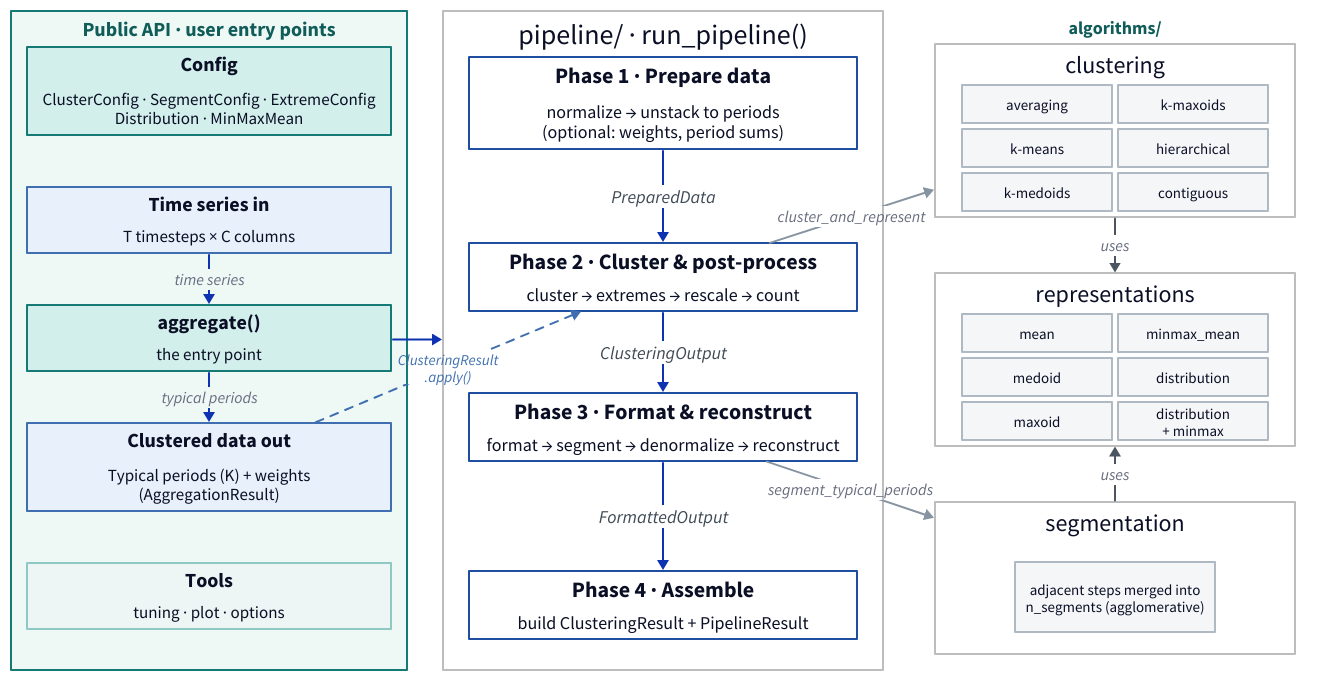
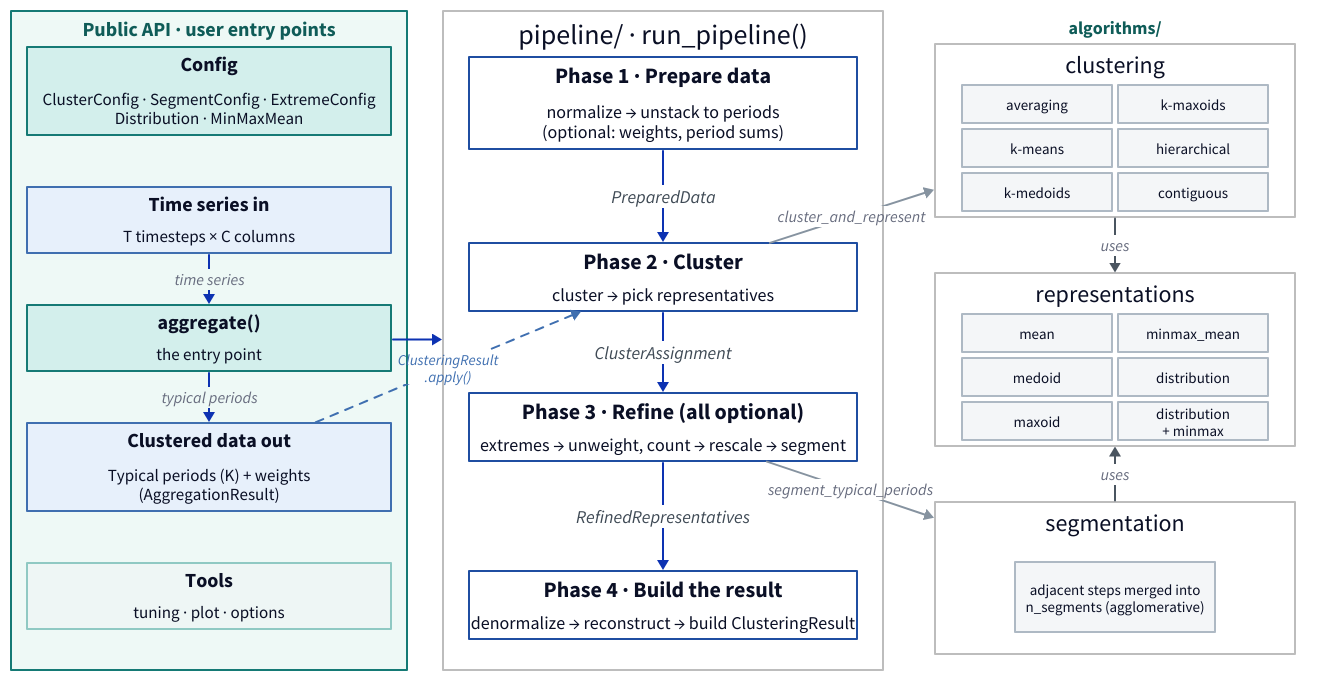
One commit to FZJ-IEK3-VSA/tsam changed the diagram in docs/assets/architecture/pipeline_diagram.d2. Above: the diagram before and after it, drawn with D2. The commit also changed 7 other files, not shown here.

First line of the commit message:
refactor(pipeline): draw the phase boundaries along what is optional

```diff
--- a/docs/assets/architecture/pipeline_diagram.d2
+++ b/docs/assets/architecture/pipeline_diagram.d2
@@ -1,197 +1,197 @@
 # Pipeline architecture diagram — user data flow (time series in -> aggregate()
 # -> clustered data out), the four-phase run_pipeline(), and the clustering /
 # representation / segmentation options. Compact and A4-printable. Regenerate:
 #   d2 pipeline_diagram.d2 pipeline_diagram.svg
 
 direction: down
 
 vars: {
   d2-config: { pad: 6 }
 }
 
 classes: {
   side: { style: { fill: transparent; stroke: "#bdbdbd" } }
   pad: { style: { fill: transparent; stroke: transparent } }
   # green wrapper around the whole public API column (the user's entry points)
   api_group: { style: { fill: "#eef9f6"; stroke: "#157a75"; stroke-width: 2; bold: true; font-size: 20; font-color: "#0f5c58" } }
   # first-class public API (aggregate + config + results): prominent teal
   public: { style: { fill: "#d3efec"; stroke: "#157a75"; stroke-width: 2; bold: false; font-size: 18 } }
   # secondary public tools: lighter teal
   tool: { style: { fill: "#eef6f5"; stroke: "#8fc9c3"; bold: false; font-size: 16 } }
   # user data (time series in / clustered data out) — blue, distinct from the API
   data: { style: { fill: "#e7f0fb"; stroke: "#3f6fb0"; stroke-width: 2 } }
   # public-box title (bold) + body (normal) sub-nodes — same split as the phases
   # (d2 can't bold only part of a single label without markdown, which drops the
   # fill/border); fixed width keeps every box equal width and the text centred.
   pub_title: { width: 360; height: 30; style: { fill: transparent; stroke: transparent; bold: true; font-size: 20 } }
   pub_body: { width: 360; height: 30; style: { fill: transparent; stroke: transparent; bold: false; font-size: 17 } }
   # phase container holds a bold title sub-node + a normal-weight body sub-node
   # (d2 cannot bold only part of a single label without markdown, which drops
   # the box border — so the two weights are two borderless sub-nodes).
   phase: { style: { fill: "#ffffff"; stroke: "#1f4ea1"; stroke-width: 2 } }
   # fixed widths so every phase box is the same width and the centered text
   # lands on the box centre (d2 left-aligns content when it stretches a narrower
   # sibling to match the widest one).
   phase_title: { width: 384; height: 32; style: { fill: transparent; stroke: transparent; bold: true; font-size: 22 } }
   phase_body: { width: 384; height: 30; style: { fill: transparent; stroke: transparent; bold: false; font-size: 18 } }
   # faint caption mapping a phase onto the review's feature-based-merging steps
   # (Hoffmann et al. 2020, §3.2.2) — see context.md "Methodological positioning".
   phase_tag: { width: 384; style: { fill: transparent; stroke: transparent; bold: false; italic: true; font-size: 14; font-color: "#5a6675" } }
   # individual option chips — fixed width so all three groups are equal width
   opt: { width: 150; height: 38; style: { fill: "#f4f6f8"; stroke: "#aeb9c4"; bold: false; font-size: 15 } }
   conn: { style: { stroke: "#8693a0" } }
 }
 
 grid-columns: 3
 grid-gap: 36
 vertical-gap: 20
 
 # ── Left: public API (config → aggregate → results) + tools ────────────────
 # grid-gap doubles as the container's inner padding, so it is kept tiny (4) to
 # keep the outer boxes tight; the vertical spacing comes from transparent spacer
 # rows whose heights are tuned to fill the column to the tallest (right) one.
 lcol: "Public API · user entry points" {
   class: api_group
   grid-columns: 1
   grid-gap: 16
   cfg: "" {
     class: public
     grid-rows: 2
     grid-gap: 2
     title: "Config" { class: pub_title }
     body: "ClusterConfig · SegmentConfig · ExtremeConfig\nDistribution · MinMaxMean" { class: pub_body; height: 52 }
   }
   gap0: "" { class: pad; width: 10; height: 20 }
   ts: "" {
     class: data
     grid-rows: 2
     grid-gap: 2
     title: "Time series in" { class: pub_title }
     body: "T timesteps × C columns" { class: pub_body }
   }
   gapA: "" { class: pad; width: 10; height: 20 }
   api: "" {
     class: public
     grid-rows: 2
     grid-gap: 2
     title: "aggregate()" { class: pub_title }
     body: "the entry point" { class: pub_body }
   }
   gapB: "" { class: pad; width: 10; height: 20 }
   res: "" {
     class: data
     grid-rows: 2
     grid-gap: 2
     title: "Clustered data out" { class: pub_title }
     body: "Typical periods (K) + weights\n(AggregationResult)" { class: pub_body; height: 52 }
   }
   gapC: "" { class: pad; width: 10; height: 20 }
   tools: "" {
     class: tool
     grid-rows: 2
     grid-gap: 2
     title: "Tools" { class: pub_title }
     body: "tuning · plot · options" { class: pub_body }
   }
   ts -> api: "time series"
   api -> res: "typical periods"
 }
 
 # ── Center: the four phases (bold title + stage names) ─────────────────────
 pipeline: "pipeline/ · run_pipeline()" {
   class: side
   grid-columns: 1
   grid-gap: 26
 
   p1: "" {
     class: phase
     grid-rows: 3
     grid-gap: 2
     title: "Phase 1 · Prepare data" { class: phase_title }
     body: "normalize → unstack to periods\n(optional: weights, period sums)" { class: phase_body; height: 54 }
   }
   gap1: "" { class: pad; width: 10; height: 42 }
   p2: "" {
     class: phase
     grid-rows: 3
     grid-gap: 2
-    title: "Phase 2 · Cluster & post-process" { class: phase_title }
-    body: "cluster → extremes → rescale → count" { class: phase_body }
+    title: "Phase 2 · Cluster" { class: phase_title }
+    body: "cluster → pick representatives" { class: phase_body }
   }
   gap2: "" { class: pad; width: 10; height: 30 }
   p3: "" {
     class: phase
     grid-rows: 2
     grid-gap: 2
-    title: "Phase 3 · Format & reconstruct" { class: phase_title }
-    body: "format → segment → denormalize → reconstruct" { class: phase_body }
+    title: "Phase 3 · Refine (all optional)" { class: phase_title }
+    body: "extremes → unweight, count → rescale → segment" { class: phase_body }
   }
   gap3: "" { class: pad; width: 10; height: 58 }
   p4: "" {
     class: phase
     grid-rows: 2
     grid-gap: 2
-    title: "Phase 4 · Assemble" { class: phase_title }
-    body: "build ClusteringResult + PipelineResult" { class: phase_body }
+    title: "Phase 4 · Build the result" { class: phase_title }
+    body: "denormalize → reconstruct → build ClusteringResult" { class: phase_body }
   }
 
   p1 -> p2: "PreparedData" { style.font-size: 18; style.font-color: "#3f4a55" }
-  p2 -> p3: "ClusteringOutput" { style.font-size: 18; style.font-color: "#3f4a55" }
-  p3 -> p4: "FormattedOutput" { style.font-size: 18; style.font-color: "#3f4a55" }
+  p2 -> p3: "ClusterAssignment" { style.font-size: 18; style.font-color: "#3f4a55" }
+  p3 -> p4: "RefinedRepresentatives" { style.font-size: 18; style.font-color: "#3f4a55" }
 }
 
 # ── Right: algorithms/ — config-agnostic kernels the stages dispatch to ────
 rcol: "algorithms/" {
   class: pad
   style.font-size: 18
   style.font-color: "#0f5c58"
   style.bold: true
   grid-columns: 1
   grid-gap: 16
 
   clu_back: "clustering" {
     class: side
     width: 360
     grid-columns: 2
     grid-gap: 6
     m1: "averaging" { class: opt }
     m2: "k-means" { class: opt }
     m3: "k-medoids" { class: opt }
     m4: "k-maxoids" { class: opt }
     m5: "hierarchical" { class: opt }
     m6: "contiguous" { class: opt }
   }
 
   gapR1: "" { class: pad; width: 10; height: 24 }
   reps: "representations" {
     class: side
     width: 360
     grid-columns: 2
     grid-gap: 6
     r1: "mean" { class: opt }
     r2: "medoid" { class: opt }
     r3: "maxoid" { class: opt }
     r4: "minmax_mean" { class: opt }
     r5: "distribution" { class: opt }
     r6: "distribution\n+ minmax" { class: opt }
   }
 
   gapR2: "" { class: pad; width: 10; height: 24 }
   seg_back: "segmentation" {
     class: side
     width: 360
     height: 152
     grid-columns: 1
     s1: "adjacent steps merged into\nn_segments (agglomerative)" { class: opt; height: 70; width: 200 }
   }
 }
 
 # ── Edges ─────────────────────────────────────────────────────────────────
 lcol.api -> pipeline
 pipeline.p2 -> rcol.clu_back: "cluster_and_represent" { class: conn }
 pipeline.p3 -> rcol.seg_back: "segment_typical_periods" { class: conn }
 rcol.clu_back -> rcol.reps: "uses" { style: { stroke: "#4a5560"; stroke-width: 2 } }
 rcol.seg_back -> rcol.reps: "uses" { style: { stroke: "#4a5560"; stroke-width: 2 } }
 
 # transfer path: reuse a fitted clustering on new data (skips the clustering step)
 lcol.res -> pipeline.p2: "ClusteringResult\n.apply()" { style: { stroke-dash: 4; stroke: "#3f6fb0"; font-size: 15; font-color: "#3f6fb0" } }
```
